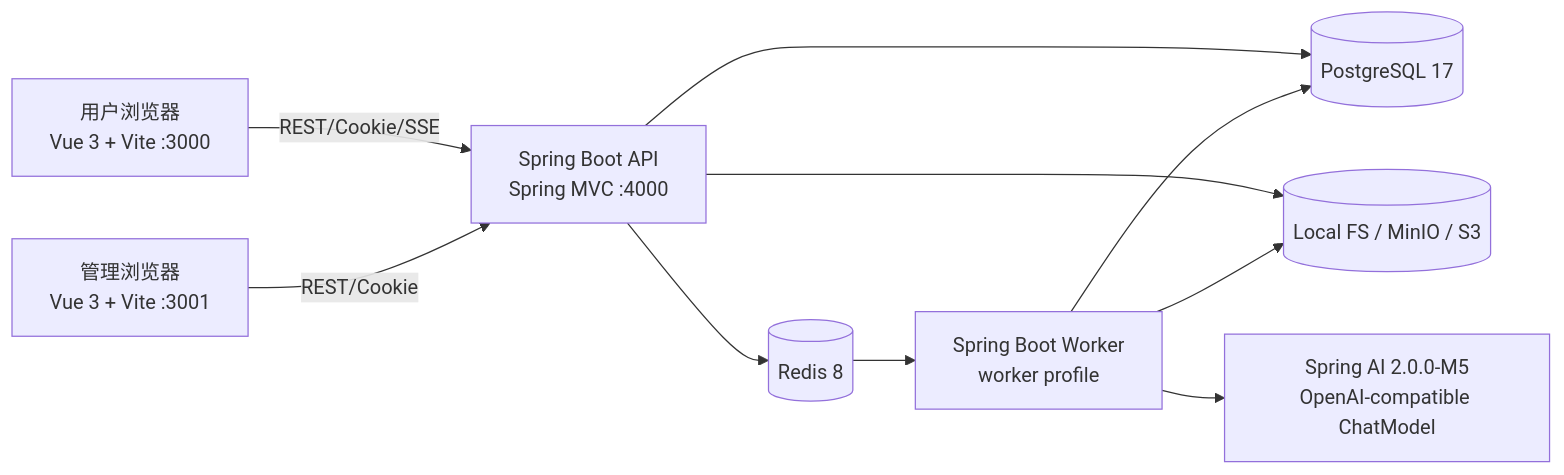
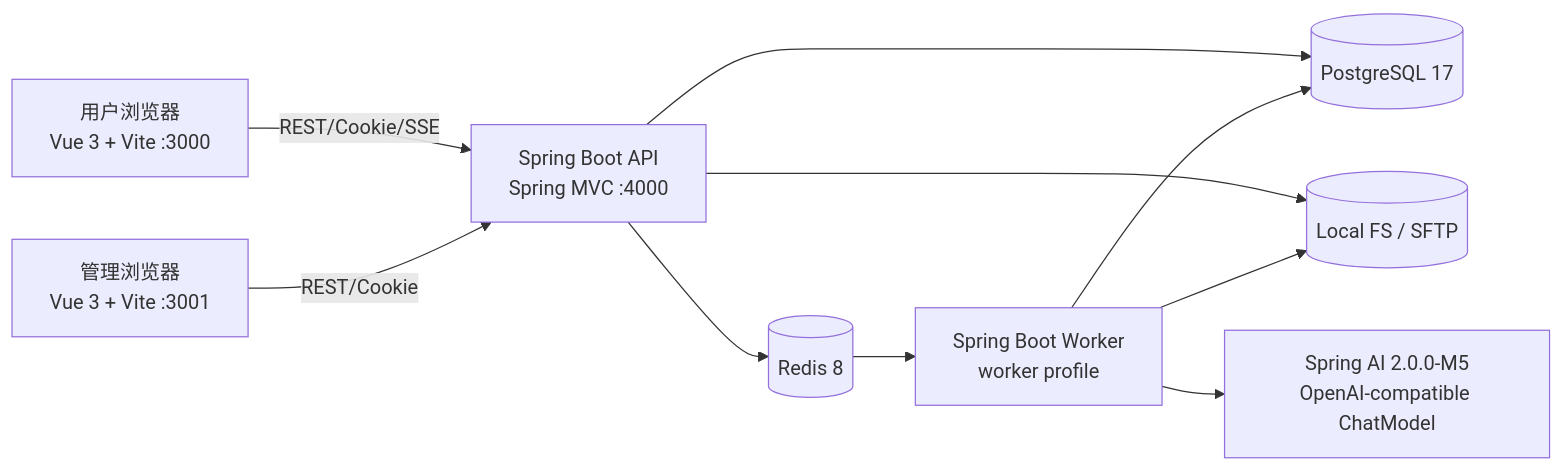
The diagram in docs/knowledge/vue-spring-ai-refactor-design.md (xuanyuechenfeng/dream-space), drawn with Mermaid before and after one commit. The commit also changed other lines of this file and 492 other files, not shown here.

````diff
--- a/docs/knowledge/vue-spring-ai-refactor-design.md
+++ b/docs/knowledge/vue-spring-ai-refactor-design.md
@@ -36,12 +36,12 @@
 ```mermaid
 flowchart LR
   U[用户浏览器\nVue 3 + Vite :3000] -->|REST/Cookie/SSE| API[Spring Boot API\nSpring MVC :4000]
   A[管理浏览器\nVue 3 + Vite :3001] -->|REST/Cookie| API
   API --> DB[(PostgreSQL 17)]
   API --> Redis[(Redis 8)]
   Redis --> Worker[Spring Boot Worker\nworker profile]
-  API --> Store[(Local FS / MinIO / S3)]
+  API --> Store[(Local FS / SFTP)]
   Worker --> Store
   Worker --> AI[Spring AI 2.0.0-M5\nOpenAI-compatible ChatModel]
   Worker --> DB
 ```
````
